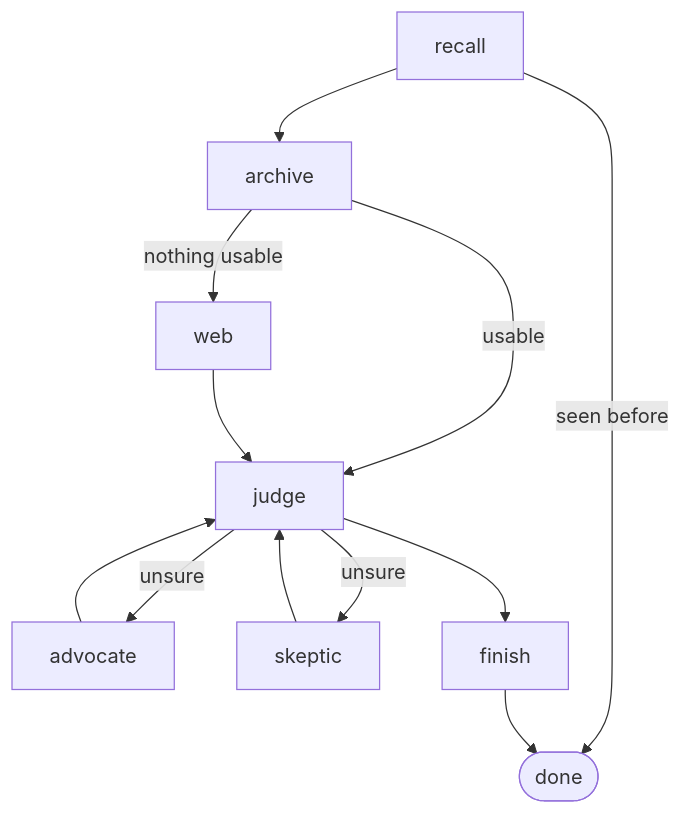
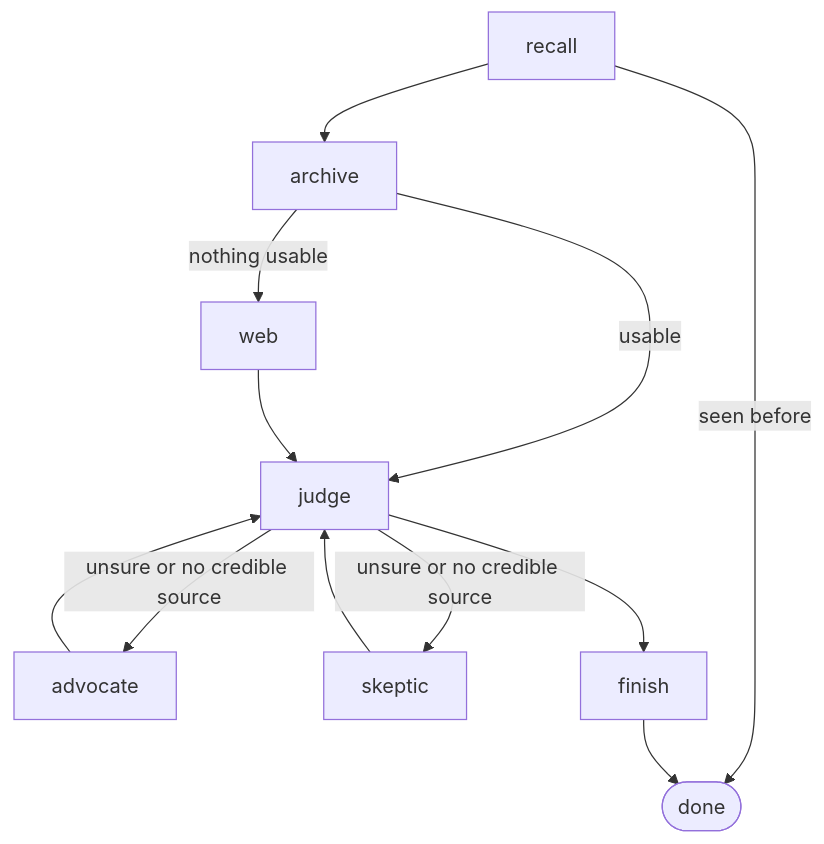
Before and after one commit to Rishab-Agrawal/fact-checker: the diagram in README.md, drawn with Mermaid. The commit also changed other lines of this file and 2 other files, not shown here.

Commit message:
Debate and memory need a credible citation, not just the judge's confidence
A confident false verdict resting on one unvetted blog skipped the debate and was cached for 30 days.
The judge also learns first-hand accounts and claimed changes.

````diff
--- a/README.md
+++ b/README.md
@@ -10,9 +10,9 @@
 ```mermaid
 graph TD
   recall -->|seen before| done([done])
   recall --> archive
   archive -->|usable| judge
   archive -->|nothing usable| web --> judge
-  judge -->|unsure| advocate & skeptic --> judge
+  judge -->|unsure or no credible source| advocate & skeptic --> judge
   judge --> finish --> done
 ```
````
